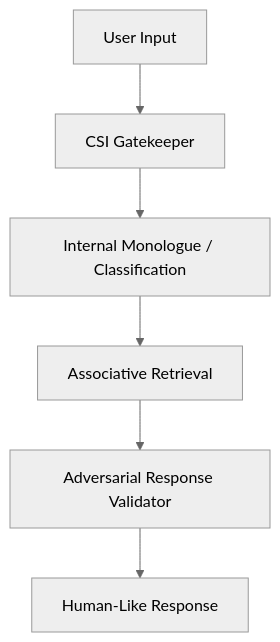
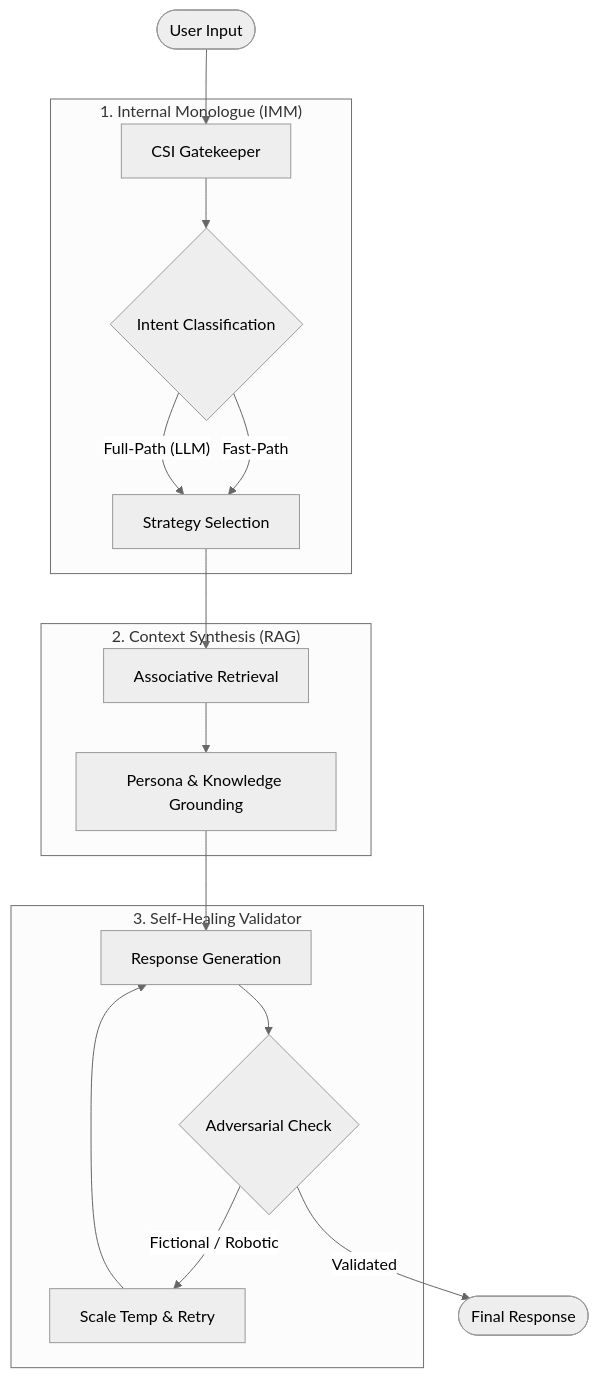
Before and after one commit to Ekco-S64QTN6/Kaiacord: the first of 3 diagrams in README.md, drawn with Mermaid (neutral theme). The commit also changed other lines of this file and 131 other files, not shown here.

````diff
--- a/README.md
+++ b/README.md
@@ -75,8 +75,25 @@
 ```mermaid
 graph TD
-    Input[User Input] --> CSG[CSI Gatekeeper]
-    CSG --> Class[Internal Monologue / Classification]
-    Class --> RAG[Associative Retrieval]
-    RAG --> SelfHeal[Adversarial Response Validator]
-    SelfHeal --> Output[Human-Like Response]
+    User([User Input]) --> Gatekeeper[CSI Gatekeeper]
+    
+    subgraph DecisionLayer ["1. Internal Monologue (IMM)"]
+        Gatekeeper --> Classify{Intent Classification}
+        Classify --"Fast-Path"--> Strategy[Strategy Selection]
+        Classify --"Full-Path (LLM)"--> Strategy
+    end
+    
+    subgraph RetrievalLayer ["2. Context Synthesis (RAG)"]
+        Strategy --> RAG[Associative Retrieval]
+        RAG --> Context[Persona & Knowledge Grounding]
+    end
+    
+    subgraph ValidationLoop ["3. Self-Healing Validator"]
+        Context --> Gen[Response Generation]
+        Gen --> Validator{Adversarial Check}
+        Validator --"Fictional / Robotic"--> Retry[Scale Temp & Retry]
+        Retry --> Gen
+    end
+    
+    Validator --"Validated"--> Output([Final Response])
+    
 ```
````
